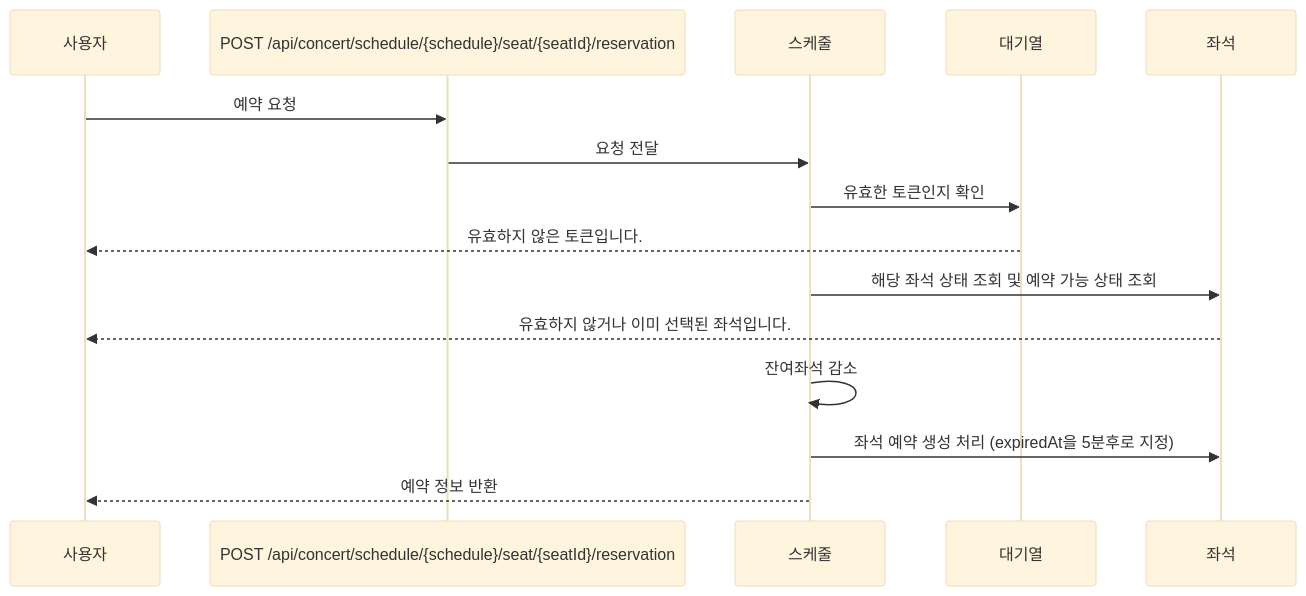
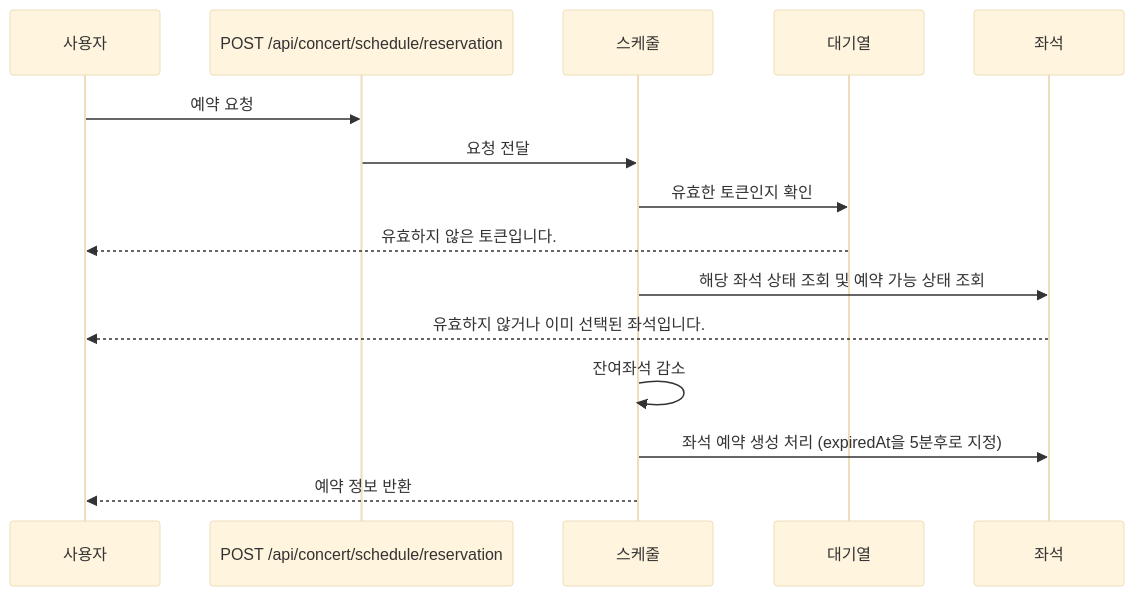
The fourth of 9 diagrams in README.md (Ksanbal/Concert-Reservation-API), drawn with Mermaid (base theme) before and after one commit. The commit also changed other lines of this file, not shown here.

First line of the commit message:
:books: Docs: API 명세서 작성

````diff
--- a/README.md
+++ b/README.md
@@ -76,16 +77,16 @@
 ```mermaid
 sequenceDiagram
 
-사용자 ->> POST /api/concert/schedule/{schedule}/seat/{seatId}/reservation: 예약 요청
-POST /api/concert/schedule/{schedule}/seat/{seatId}/reservation ->> 스케줄: 요청 전달
+사용자 ->> POST /api/concert/schedule/reservation: 예약 요청
+POST /api/concert/schedule/reservation ->> 스케줄: 요청 전달
 
 스케줄 ->> 대기열: 유효한 토큰인지 확인
 대기열 -->> 사용자: 유효하지 않은 토큰입니다.
 
 스케줄 ->> 좌석: 해당 좌석 상태 조회 및 예약 가능 상태 조회
 좌석 -->> 사용자: 유효하지 않거나 이미 선택된 좌석입니다.
 
 스케줄 ->> 스케줄: 잔여좌석 감소
 스케줄 ->> 좌석: 좌석 예약 생성 처리 (expiredAt을 5분후로 지정)
 스케줄 -->> 사용자: 예약 정보 반환
 ```
````
